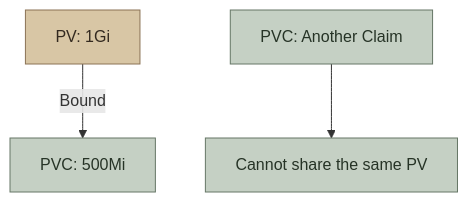
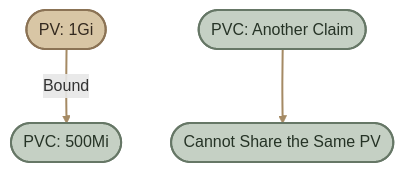
One commit to mustafammasoud/ops-handbook changed the second of 3 diagrams in content/container-orchestration/kubernetes/Storage/persistent-volume-claims.mdx. Above: the diagram before and after it, drawn with Mermaid. The commit also changed other lines of this file and 2 other files, not shown here.

````diff
--- a/content/container-orchestration/kubernetes/Storage/persistent-volume-claims.mdx
+++ b/content/container-orchestration/kubernetes/Storage/persistent-volume-claims.mdx
@@ -144,11 +144,13 @@
 ```mermaid
 flowchart TD
-    A["PV: 1Gi"] -->|"Bound"| B["PVC: 500Mi"]
-    C["PVC: Another Claim"] --> D["Cannot share the same PV"]
+    A(["PV: 1Gi"]) -->|"Bound"| B(["PVC: 500Mi"])
+    C(["PVC: Another Claim"]) --> D(["Cannot Share the Same PV"])
 
-    classDef pv fill:#d8c6a5,stroke:#8b7355,color:#33291f
-    classDef pvc fill:#c5d0c4,stroke:#667766,color:#263326
+    classDef pv fill:#d8c6a5,stroke:#8b7355,color:#33291f,stroke-width:2px
+    classDef pvc fill:#c5d0c4,stroke:#667766,color:#263326,stroke-width:2px
 
     class A pv
     class B,C,D pvc
+
+    linkStyle default stroke:#a58a64,stroke-width:2px
 ```
````
